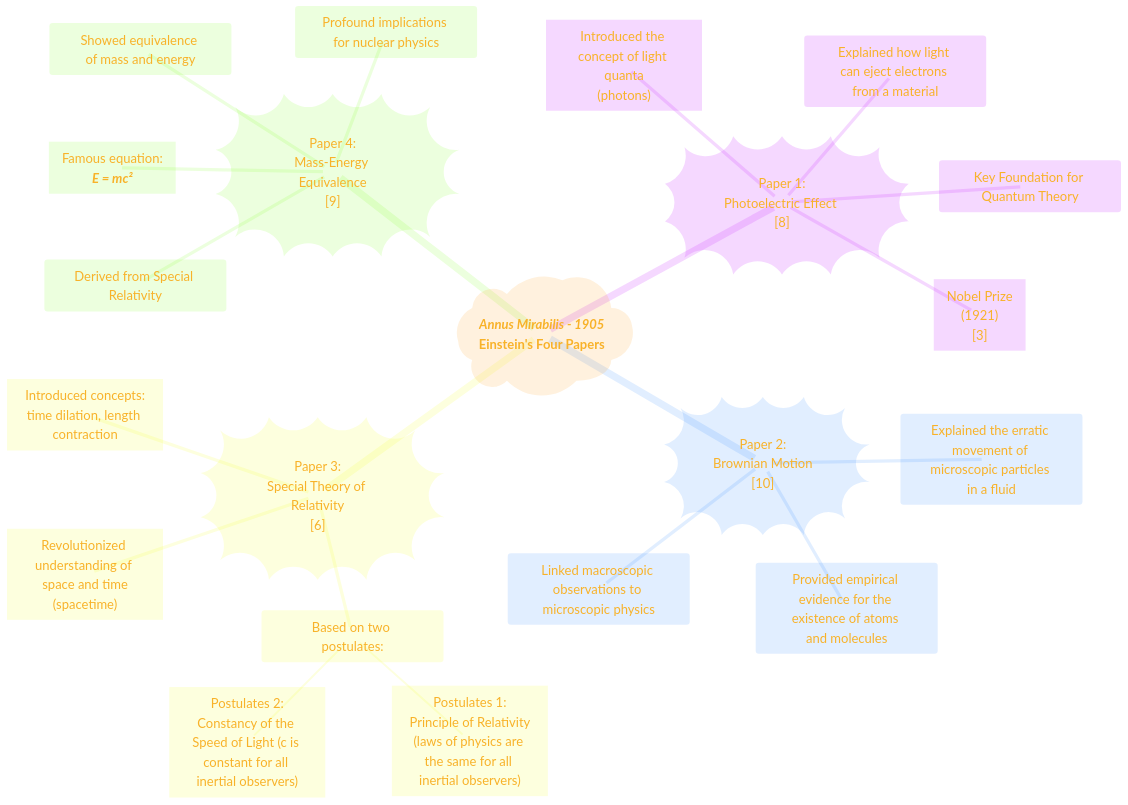
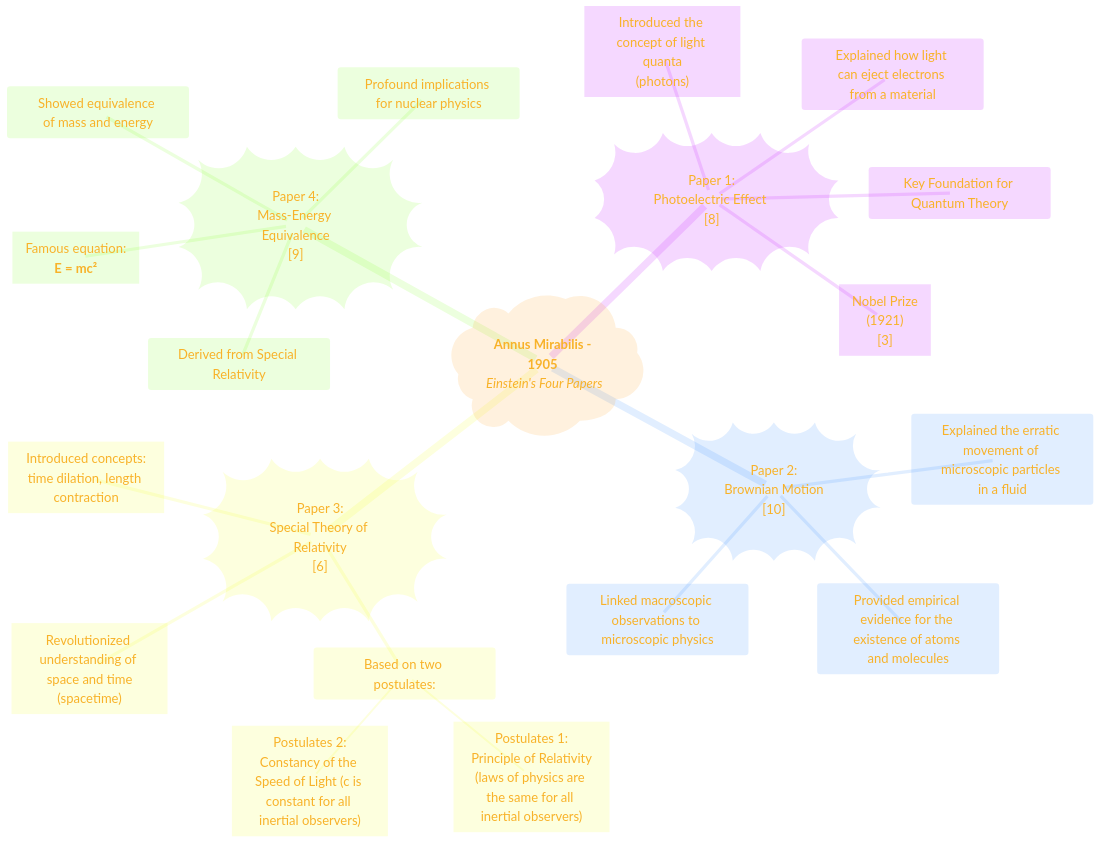
Before and after one commit to CongLeSolutionX/The-Formula-Founders: the third of 10 diagrams in Albert_Einstein/Albert_Einstein_A_Revolution_in_Physics.md, drawn with Mermaid.

Commit message:
update notes

````diff
--- a/Albert_Einstein/Albert_Einstein_A_Revolution_in_Physics.md
+++ b/Albert_Einstein/Albert_Einstein_A_Revolution_in_Physics.md
@@ -164,56 +164,56 @@
 ```mermaid
 ---
 title: "The Annus Mirabilis (Miracle Year - 1905)"
 author: "Cong Le"
 version: "1.0"
 license(s): "MIT, CC BY 4.0"
 copyright: "Copyright (c) 2025 Cong Le. All Rights Reserved."
 config:
   theme: base
 ---
 %%%%%%%% Mermaid version v11.4.1-b.14
 %%{
   init: {
     'fontFamily': 'Andale Mono, monospace',
     'mindmap': {
 	    'nodeAlign': 'center',
 	    'padding': 20
     },
     'themeVariables': {
       'primaryColor': '#FC82',
       'primaryTextColor': '#F8B229',
       'primaryBorderColor': '#27AE60',
       'secondaryColor': '#EBF3',
       'secondaryTextColor': '#6C3483',
       'secondaryBorderColor': '#A569BD',
       'fontSize': '20px'
     }
   }
 }%%
 mindmap
-  root)"***Annus Mirabilis - 1905*** <br/>**Einstein's Four Papers**"(
+  root)"**Annus Mirabilis - 1905** <br/>*Einstein's Four Papers*"(
     Paper_1))"Paper 1:<br/>Photoelectric Effect [8]"((
       ::icon(fa fa-lightbulb)
       Photons["Introduced the concept of light quanta<br/>(photons)"]
       Explained how light can eject electrons from a material
       Key Foundation for Quantum Theory
       Nobel_Prize["Nobel Prize<br/>(1921)<br/>[3]"]
     Paper_2))"Paper 2:<br/>Brownian Motion<br/>[10]"((
       ::icon(fa fa-atom)
       Explained the erratic movement of microscopic particles in a fluid
       Provided empirical evidence for the existence of atoms and molecules
       Linked macroscopic observations to microscopic physics
     Paper_3))"Paper 3:<br/>Special Theory of Relativity<br/>[6]"((
       ::icon(fa fa-rocket)
       Based on two postulates:
         Postulates_1["Postulates 1:<br/>Principle of Relativity<br/>(laws of physics are the same for all inertial observers)"]
         Postulates_2["Postulates 2:<br/>Constancy of the Speed of Light (c is constant for all inertial observers)"]
       Spacetime["Revolutionized understanding of space and time<br/>(spacetime)"]
       Introduced_concepts["Introduced concepts:<br/>time dilation, length contraction"]
     Paper_4))"Paper 4:<br/>Mass-Energy Equivalence<br/>[9]"((
       ::icon(fa fa-bolt)
       Derived from Special Relativity
-      Famous_equation["Famous equation:<br/>***E = mc²***"]
+      Famous_equation["Famous equation:<br/>**E = mc²**"]
       Showed equivalence of mass and energy
       Profound implications for nuclear physics
 ```
````
